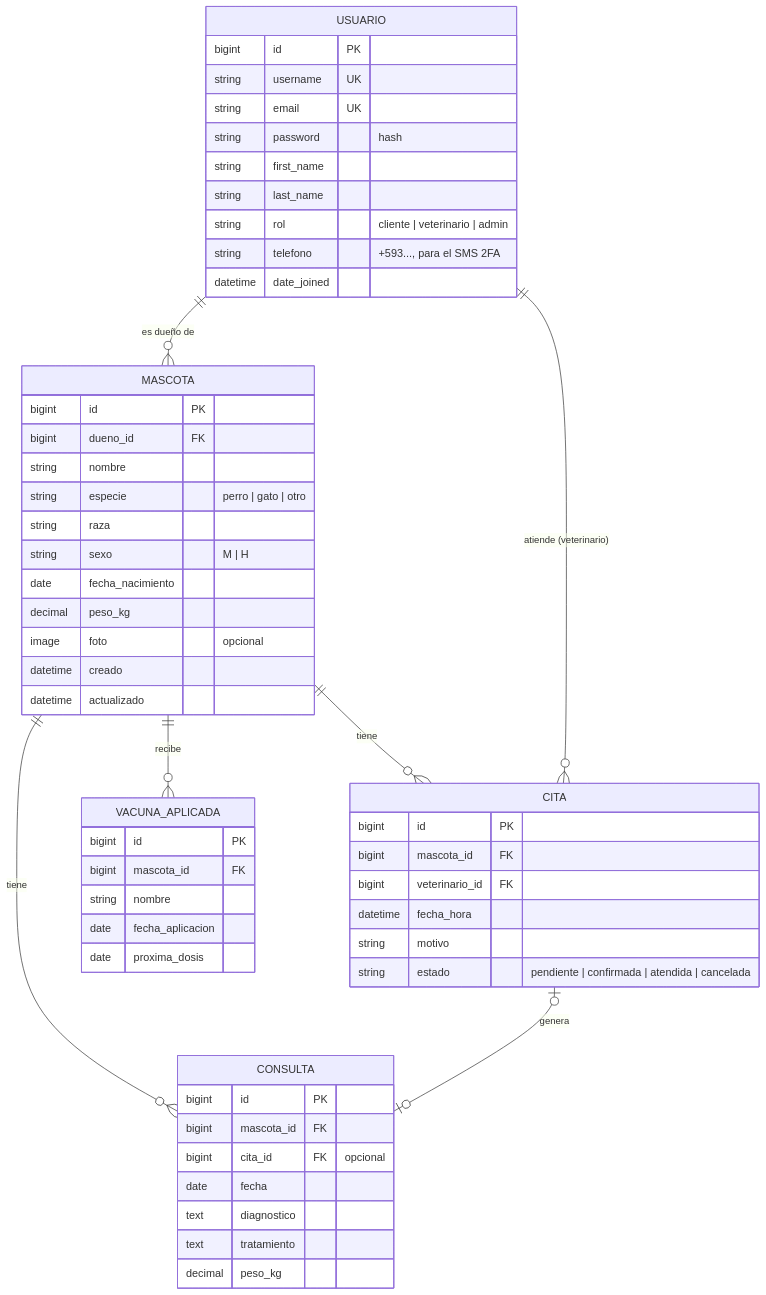
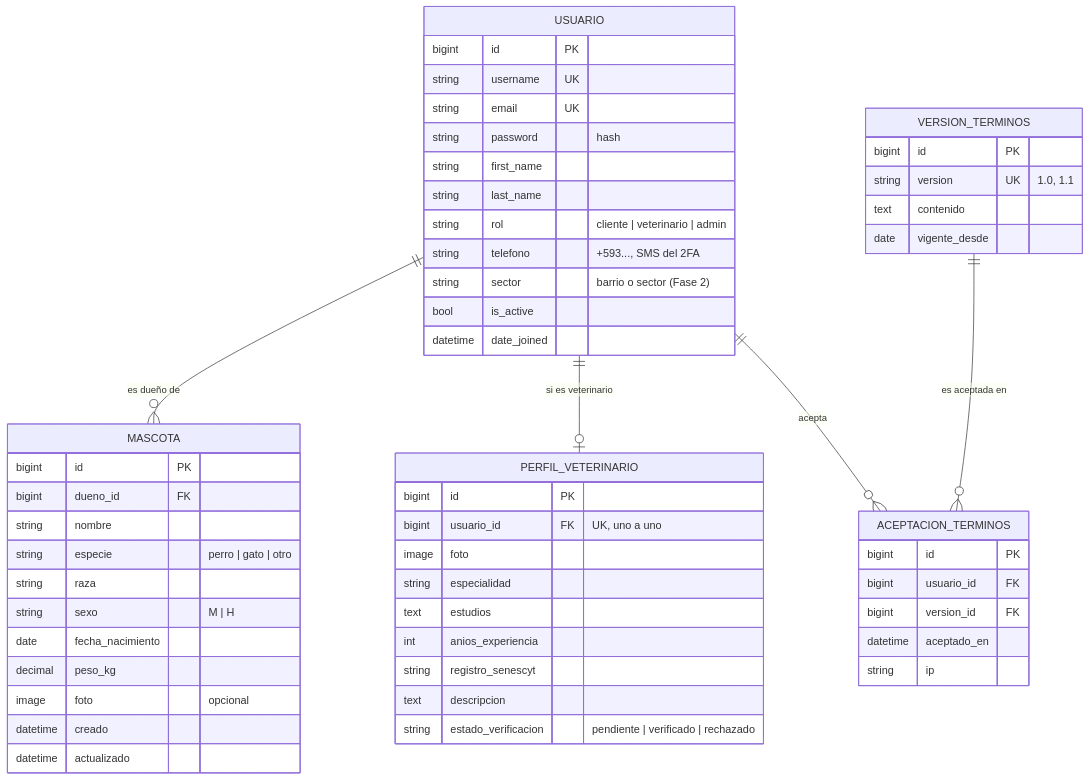
Before and after one commit to josselyn12G/woof-vet-system: the first of 8 diagrams in docs/MODELO_DE_DATOS.md, drawn with Mermaid. The commit also changed other lines of this file and 1 other file, not shown here.

````diff
--- a/docs/MODELO_DE_DATOS.md
+++ b/docs/MODELO_DE_DATOS.md
@@ -7,58 +30,58 @@
 ```mermaid
 erDiagram
     USUARIO ||--o{ MASCOTA : "es dueño de"
-    MASCOTA ||--o{ CITA : "tiene"
-    USUARIO ||--o{ CITA : "atiende (veterinario)"
-    MASCOTA ||--o{ CONSULTA : "tiene"
-    CITA |o--o| CONSULTA : "genera"
-    MASCOTA ||--o{ VACUNA_APLICADA : "recibe"
+    USUARIO ||--o| PERFIL_VETERINARIO : "si es veterinario"
+    USUARIO ||--o{ ACEPTACION_TERMINOS : "acepta"
+    VERSION_TERMINOS ||--o{ ACEPTACION_TERMINOS : "es aceptada en"
 
     USUARIO {
         bigint id PK
         string username UK
         string email UK
         string password "hash"
         string first_name
         string last_name
         string rol "cliente | veterinario | admin"
-        string telefono "+593..., para el SMS 2FA"
+        string telefono "+593..., SMS del 2FA"
+        string sector "barrio o sector (Fase 2)"
+        bool is_active
         datetime date_joined
     }
     MASCOTA {
         bigint id PK
         bigint dueno_id FK
         string nombre
         string especie "perro | gato | otro"
         string raza
         string sexo "M | H"
         date fecha_nacimiento
         decimal peso_kg
         image foto "opcional"
         datetime creado
         datetime actualizado
     }
-    CITA {
+    PERFIL_VETERINARIO {
         bigint id PK
-        bigint mascota_id FK
-        bigint veterinario_id FK
-        datetime fecha_hora
-        string motivo
-        string estado "pendiente | confirmada | atendida | cancelada"
+        bigint usuario_id FK "UK, uno a uno"
+        image foto
+        string especialidad
+        text estudios
+        int anios_experiencia
+        string registro_senescyt
+        text descripcion
+        string estado_verificacion "pendiente | verificado | rechazado"
     }
-    CONSULTA {
+    VERSION_TERMINOS {
         bigint id PK
-        bigint mascota_id FK
-        bigint cita_id FK "opcional"
-        date fecha
-        text diagnostico
-        text tratamiento
-        decimal peso_kg
+        string version UK "1.0, 1.1"
+        text contenido
+        date vigente_desde
     }
-    VACUNA_APLICADA {
+    ACEPTACION_TERMINOS {
         bigint id PK
-        bigint mascota_id FK
-        string nombre
-        date fecha_aplicacion
-        date proxima_dosis
+        bigint usuario_id FK
+        bigint version_id FK
+        datetime aceptado_en
+        string ip
     }
 ```
````
